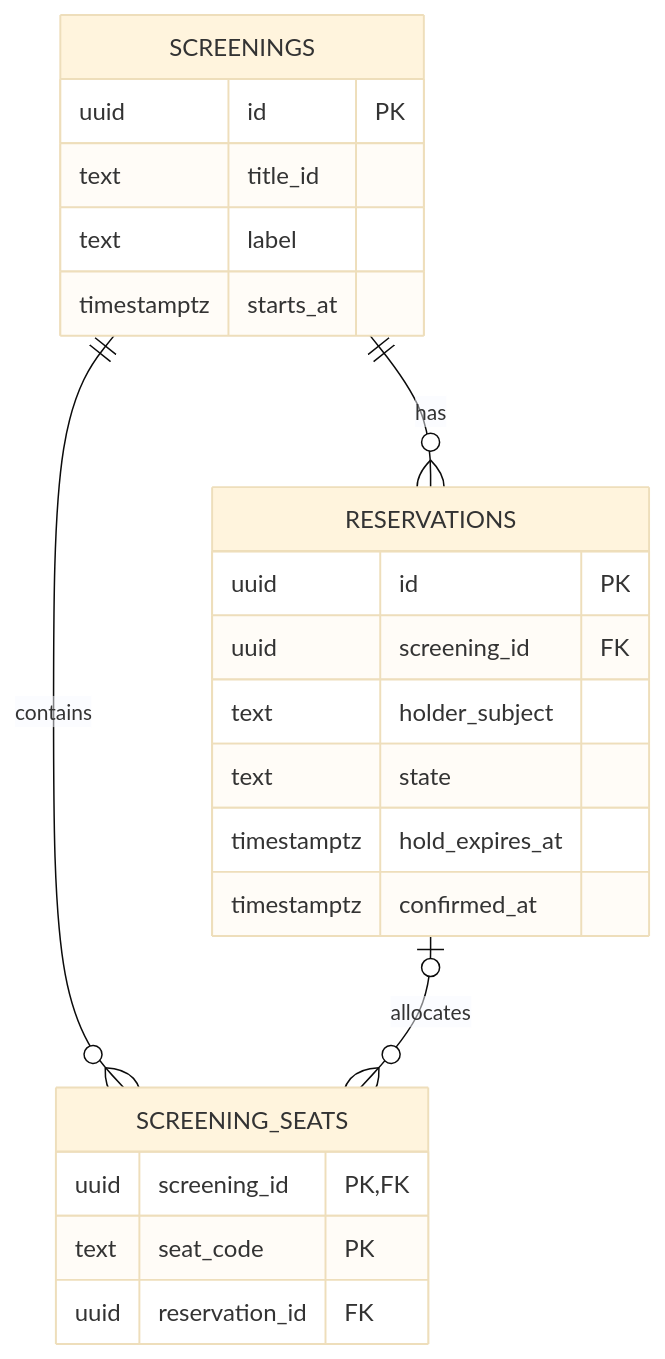
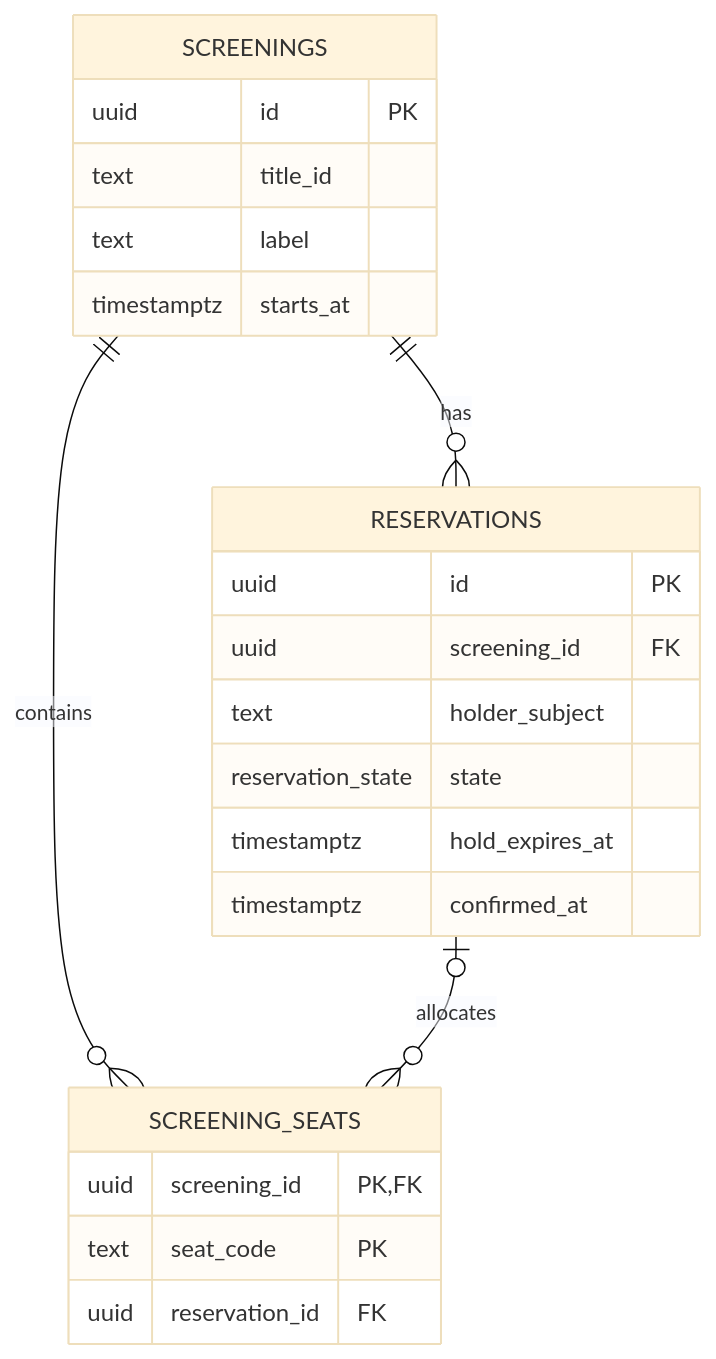
One commit to gryphon2411/kino changed the diagram in services/fastify/ticket_service/README.md. Above: the diagram before and after it, drawn with Mermaid (base theme). The commit also changed other lines of this file and 8 other files, not shown here.

````diff
--- a/services/fastify/ticket_service/README.md
+++ b/services/fastify/ticket_service/README.md
@@ -22,28 +22,28 @@
 ```mermaid
 erDiagram
     SCREENINGS ||--o{ RESERVATIONS : "has"
     SCREENINGS ||--o{ SCREENING_SEATS : "contains"
     RESERVATIONS o|--o{ SCREENING_SEATS : "allocates"
 
     SCREENINGS {
         uuid id PK
         text title_id
         text label
         timestamptz starts_at
     }
 
     RESERVATIONS {
         uuid id PK
         uuid screening_id FK
         text holder_subject
-        text state
+        reservation_state state
         timestamptz hold_expires_at
         timestamptz confirmed_at
     }
 
     SCREENING_SEATS {
         uuid screening_id PK, FK
         text seat_code PK
         uuid reservation_id FK
     }
 ```
````
